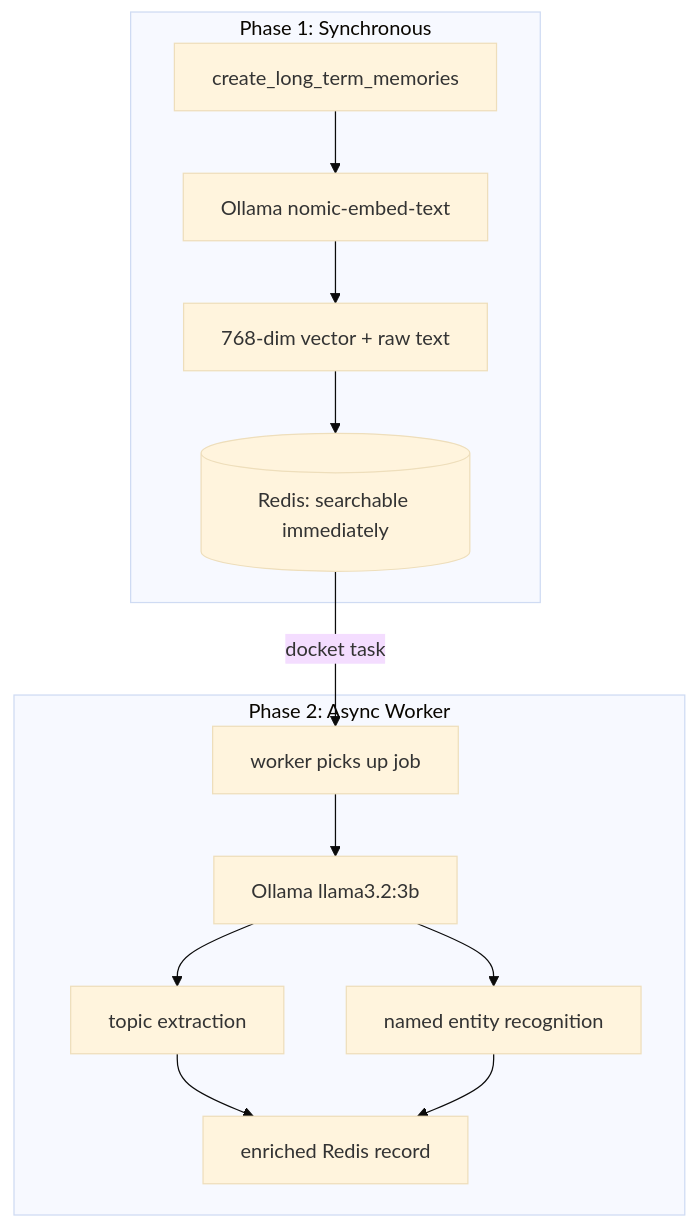
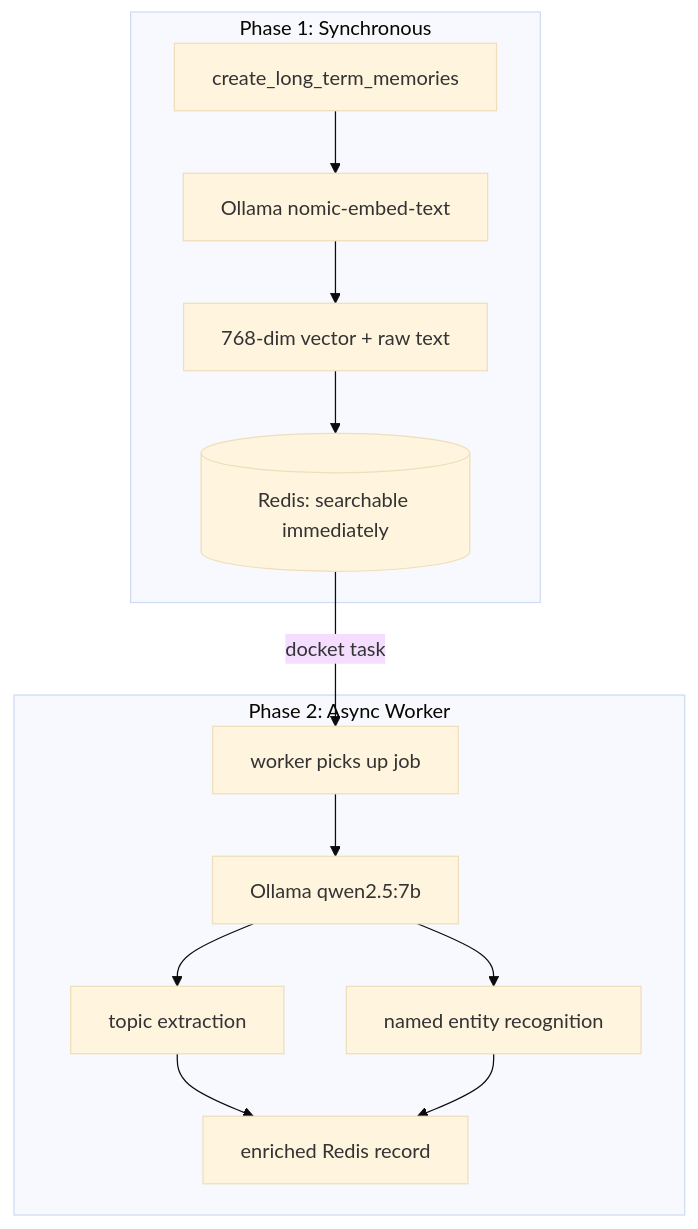
One commit to Piotr1215/cloudrumble changed the second of 2 diagrams in blog/2026-02-22-agent-memory-server-homelab.mdx. Above: the diagram before and after it, drawn with Mermaid (base theme). The commit also changed other lines of this file, not shown here.

First line of the commit message:
fix(blog): update agent-memory post for v5 image and qwen2.5:7b

````diff
--- a/blog/2026-02-22-agent-memory-server-homelab.mdx
+++ b/blog/2026-02-22-agent-memory-server-homelab.mdx
@@ -72,17 +72,17 @@
 ```mermaid
 graph TD
     subgraph "Phase 1: Synchronous"
         A[create_long_term_memories] --> B[Ollama nomic-embed-text]
         B --> C[768-dim vector + raw text]
         C --> D[(Redis: searchable immediately)]
     end
 
     subgraph "Phase 2: Async Worker"
         D -->|docket task| E[worker picks up job]
-        E --> F[Ollama llama3.2:3b]
+        E --> F[Ollama qwen2.5:7b]
         F --> G[topic extraction]
         F --> H[named entity recognition]
         G --> I[enriched Redis record]
         H --> I
     end
 ```
````
